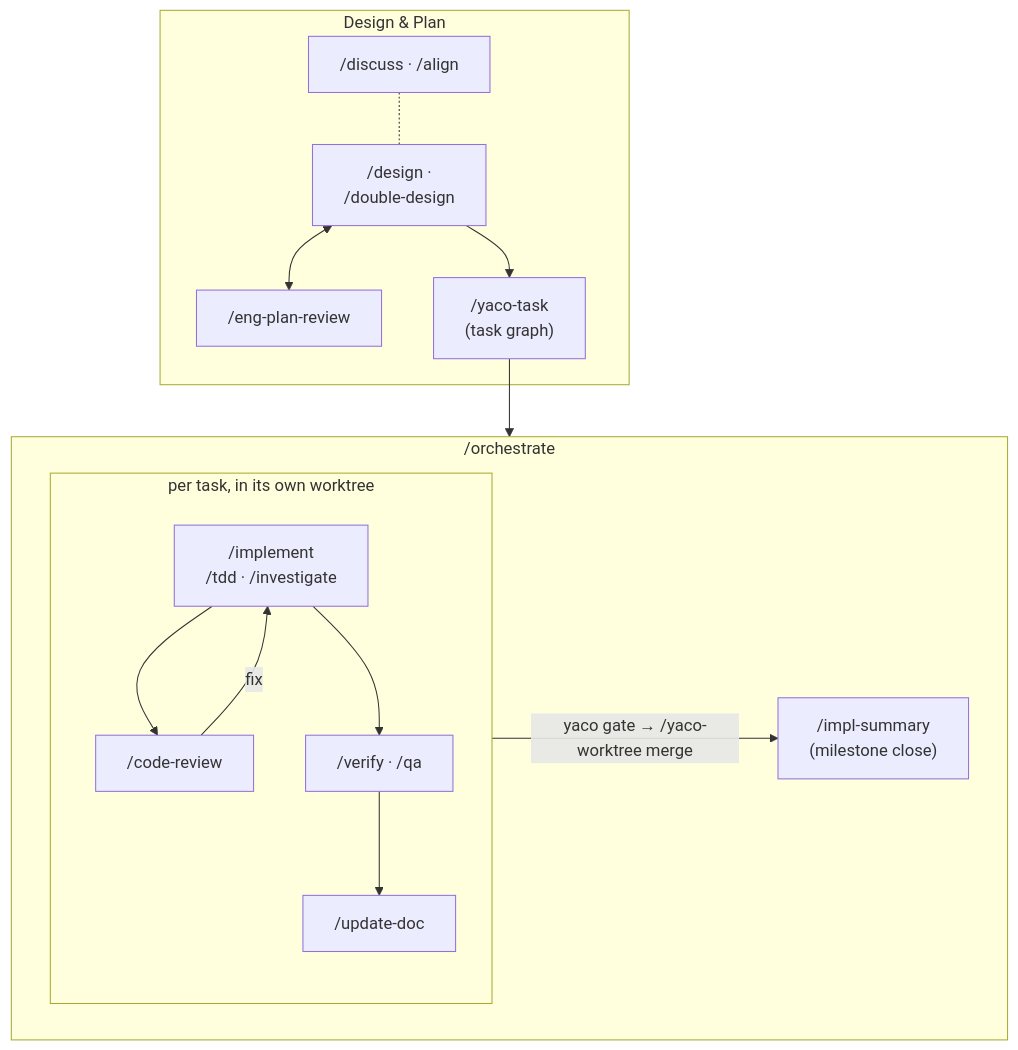
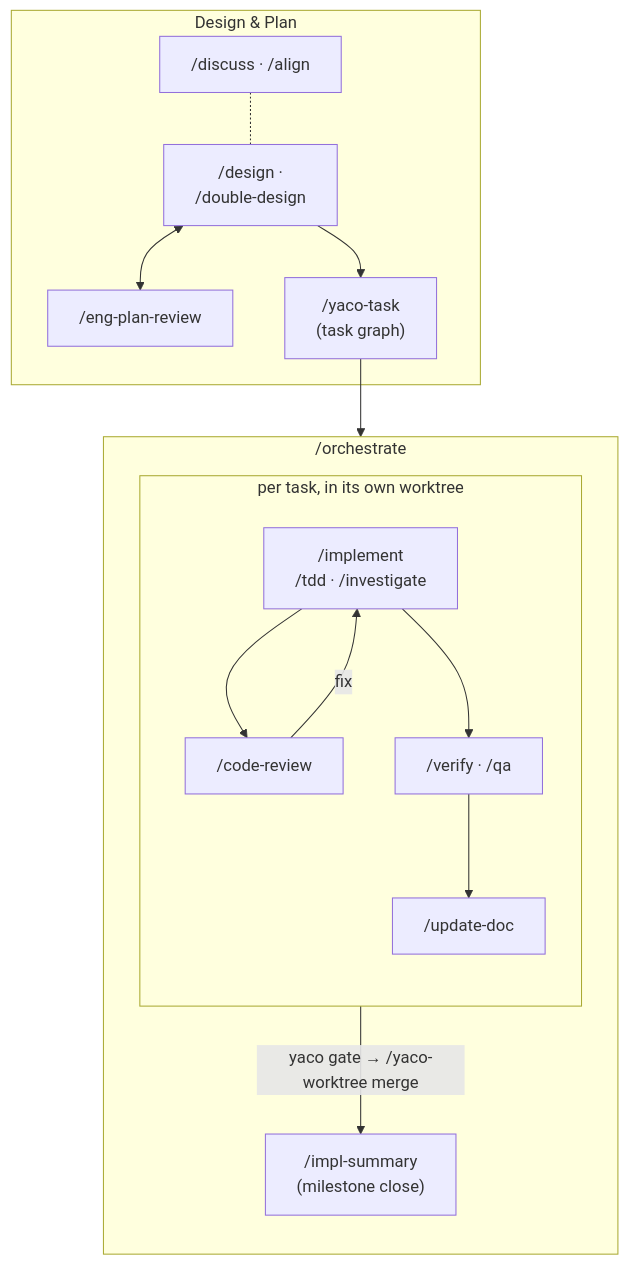
Before and after one commit to imoonkey/yaco: the diagram in README.md, drawn with Mermaid.

Commit message:
docs(readme): force TB layout inside the /orchestrate subgraph

````diff
--- a/README.md
+++ b/README.md
@@ -115,18 +115,20 @@
 ```mermaid
 flowchart TD
     subgraph DE ["Design & Plan"]
         D["/design ·<br>/double-design"] <--> EPR["/eng-plan-review"]
         DIS["/discuss · /align"] -.- D
         D --> TG["/yaco-task<br>(task graph)"]
     end
     subgraph OR ["/orchestrate"]
+        direction TB
         subgraph BU ["per task, in its own worktree"]
+            direction TB
             I["/implement<br>/tdd · /investigate"] --> CR["/code-review"]
             CR -->|fix| I
             I --> V["/verify · /qa"]
             V --> U["/update-doc"]
         end
         BU -->|"yaco gate → /yaco-worktree merge"| IS["/impl-summary<br>(milestone close)"]
     end
     TG --> OR
 ```
````
